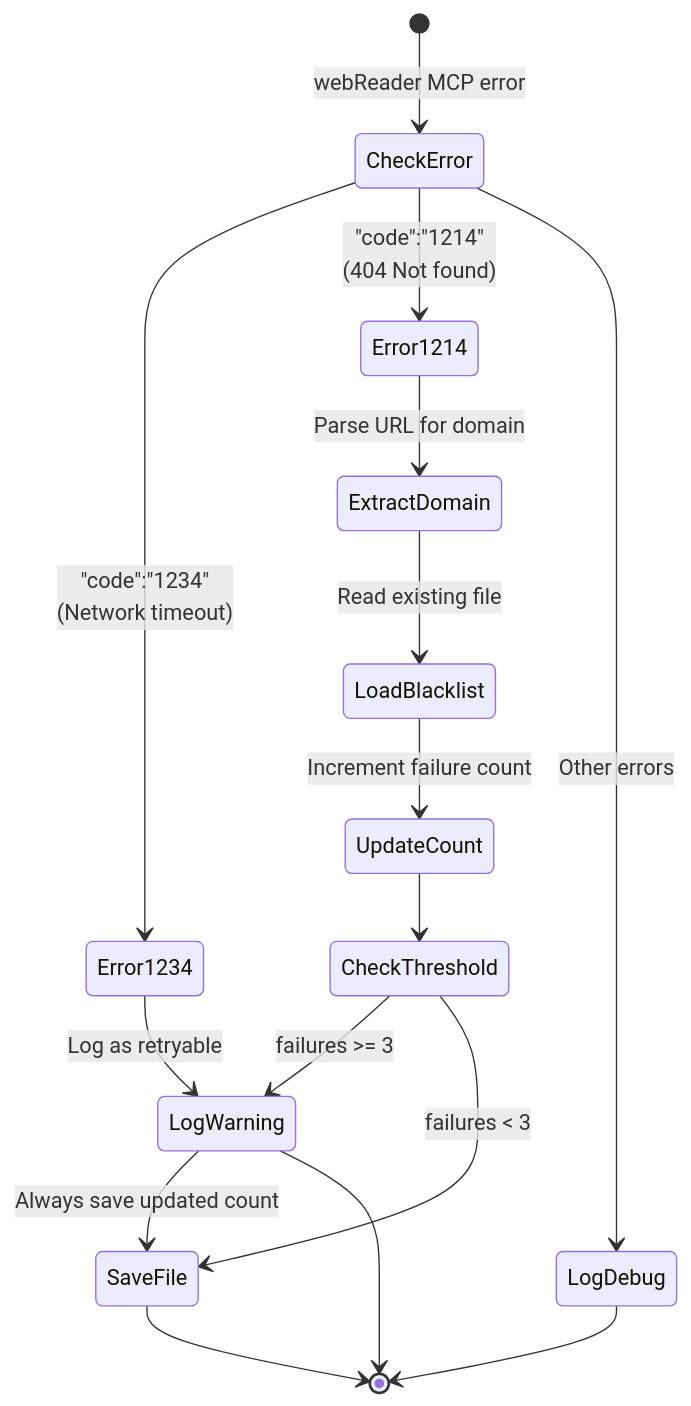
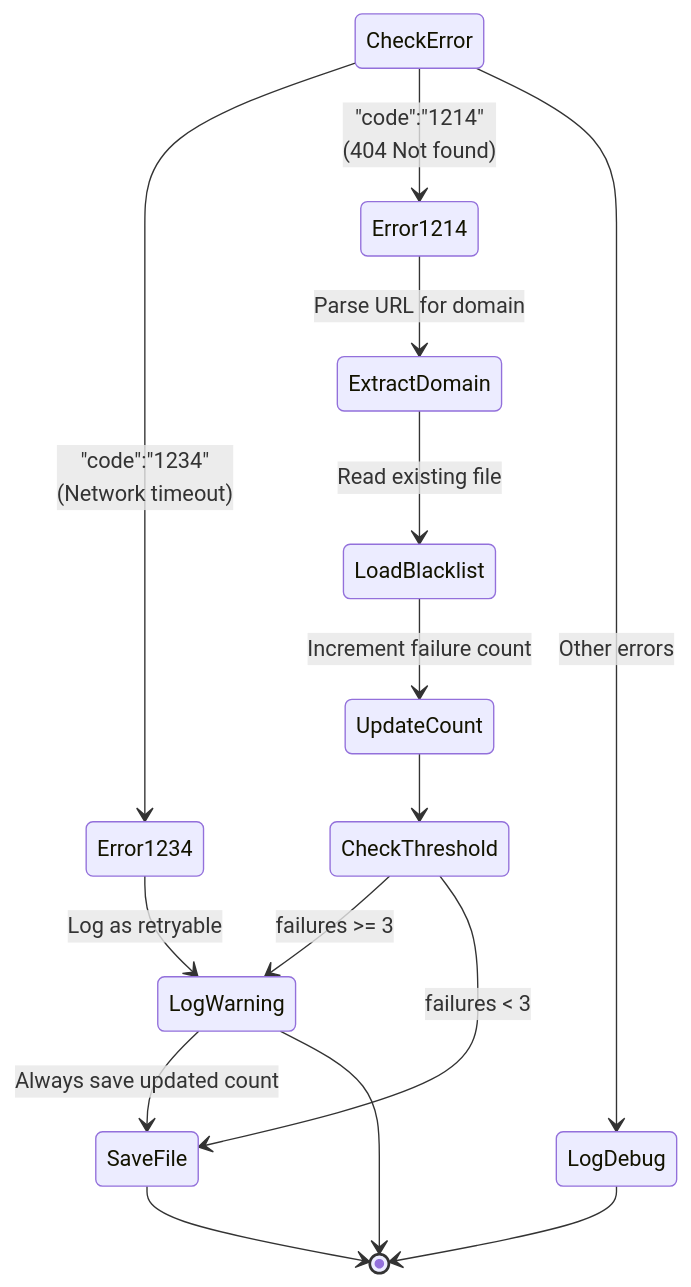
The ninth of 10 diagrams in Project_Documentation/Architecture/07_workspace_data_flow.md (Kjdragan/universal_agent), drawn with Mermaid before and after one commit. The commit also changed other lines of this file and 15 other files, not shown here.

Commit message:
feat: implement SubagentStop hook, toolkit banning, and sub-agent tool inheritance while removing Z.AI webReader.

````diff
--- a/Project_Documentation/Architecture/07_workspace_data_flow.md
+++ b/Project_Documentation/Architecture/07_workspace_data_flow.md
@@ -415,24 +397,24 @@
 ```mermaid
 stateDiagram-v2
-    [*] --> CheckError: webReader MCP error
+
 
     CheckError --> Error1234: "code":"1234"<br/>(Network timeout)
     CheckError --> Error1214: "code":"1214"<br/>(404 Not found)
     CheckError --> LogDebug: Other errors
 
     Error1234 --> LogWarning: Log as retryable
     Error1214 --> ExtractDomain: Parse URL for domain
 
     ExtractDomain --> LoadBlacklist: Read existing file
     LoadBlacklist --> UpdateCount: Increment failure count
     UpdateCount --> CheckThreshold
 
     CheckThreshold --> LogWarning: failures >= 3
     CheckThreshold --> SaveFile: failures < 3
 
     LogWarning --> SaveFile: Always save updated count
     SaveFile --> [*]
 
     LogDebug --> [*]
     LogWarning --> [*]
 ```
````
